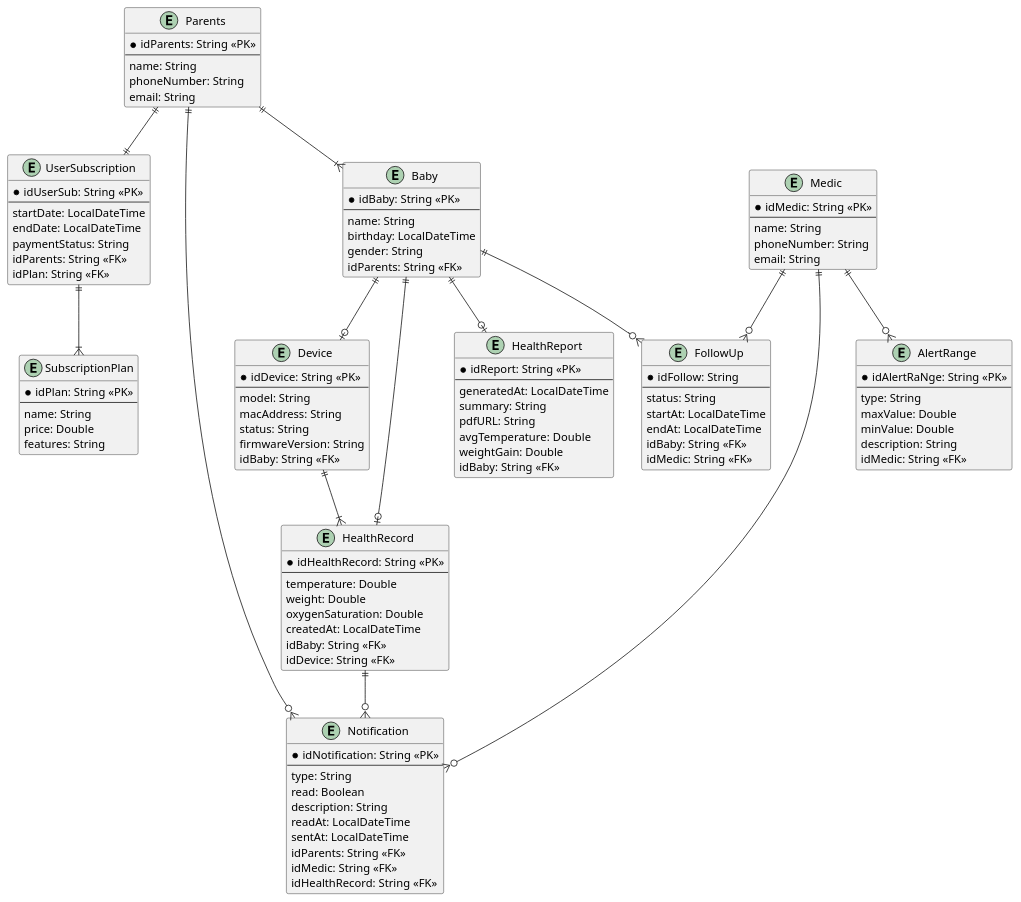
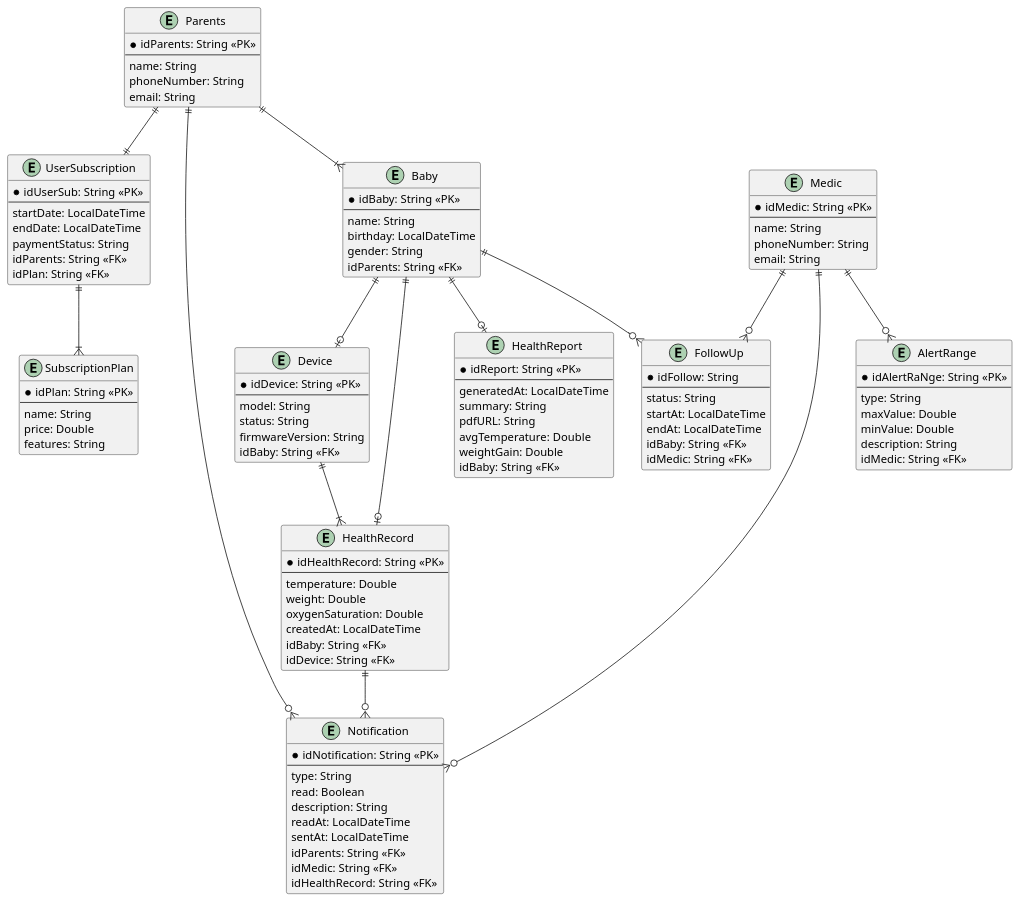
The second of 2 diagrams in report/40-chapter-04.md (1ASI0729-2610-12029-SIRAN-SIRAN/upc-pre-202610-1asi0729-12029-SIRAN-report), drawn with PlantUML before and after one commit. The commit also changed other lines of this file, not shown here.

Commit message:
docs: add objects in class diagram into chapter 04

```diff
--- a/report/40-chapter-04.md
+++ b/report/40-chapter-04.md
@@ -84,7 +260,6 @@
   *idDevice: String <<PK>>
   --
   model: String
-  macAddress: String
   status: String
   firmwareVersion: String
   idBaby: String <<FK>>
```
